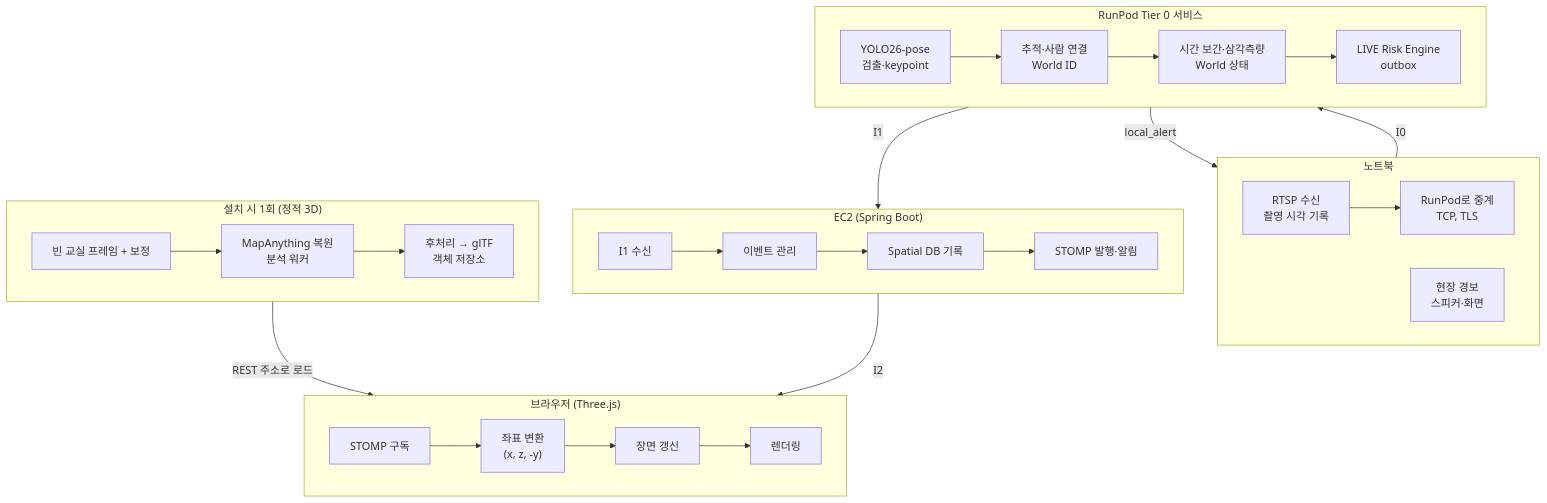
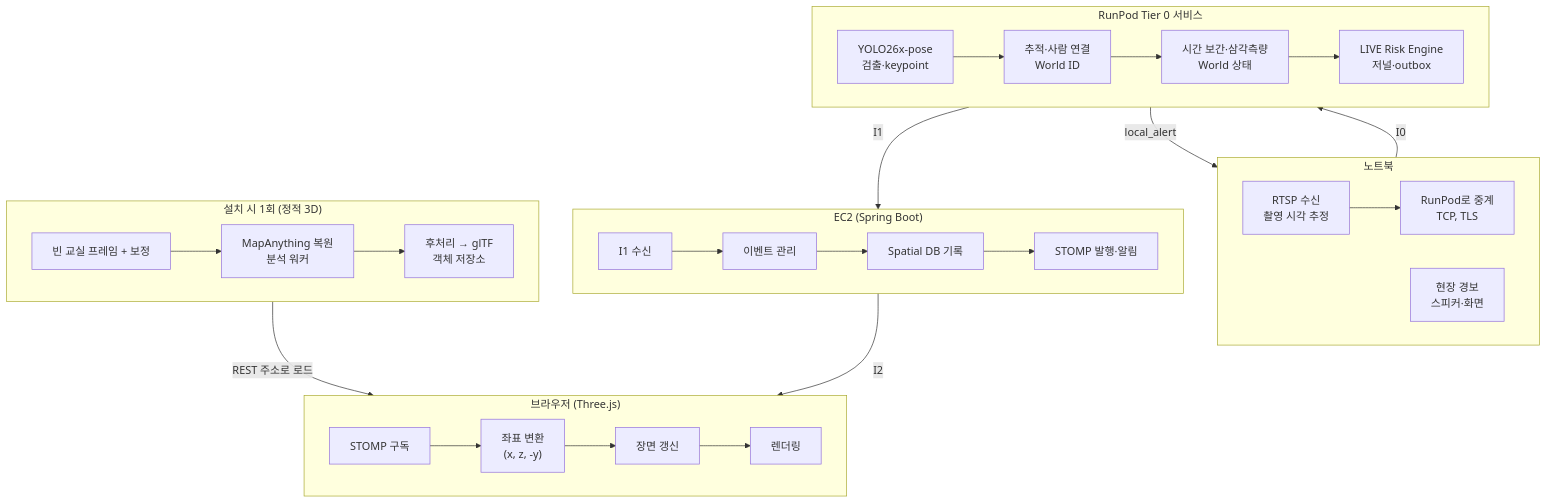
One commit to Janjonghwa/simai changed the second of 2 diagrams in docs/spec/03-system.md. Above: the diagram before and after it, drawn with Mermaid. The commit also changed other lines of this file and 28 other files, not shown here.

````diff
--- a/docs/spec/03-system.md
+++ b/docs/spec/03-system.md
@@ -158,29 +172,29 @@
 ```mermaid
 flowchart TB
   subgraph N["노트북"]
     direction LR
-    N1["RTSP 수신<br/>촬영 시각 기록"] --> N2["RunPod로 중계<br/>TCP, TLS"]
+    N1["RTSP 수신<br/>촬영 시각 추정"] --> N2["RunPod로 중계<br/>TCP, TLS"]
     N3["현장 경보<br/>스피커·화면"]
   end
   subgraph T["RunPod Tier 0 서비스"]
     direction LR
-    A2["YOLO26-pose<br/>검출·keypoint"] --> A3["추적·사람 연결<br/>World ID"] --> A4["시간 보간·삼각측량<br/>World 상태"] --> A5["LIVE Risk Engine<br/>outbox"]
+    A2["YOLO26x-pose<br/>검출·keypoint"] --> A3["추적·사람 연결<br/>World ID"] --> A4["시간 보간·삼각측량<br/>World 상태"] --> A5["LIVE Risk Engine<br/>저널·outbox"]
   end
   subgraph E["EC2 (Spring Boot)"]
     direction LR
     B1["I1 수신"] --> B2["이벤트 관리"] --> B3["Spatial DB 기록"] --> B4["STOMP 발행·알림"]
   end
   subgraph BR["브라우저 (Three.js)"]
     direction LR
     C1["STOMP 구독"] --> C2["좌표 변환<br/>(x, z, -y)"] --> C3["장면 갱신"] --> C4["렌더링"]
   end
   subgraph S["설치 시 1회 (정적 3D)"]
     direction LR
     D1["빈 교실 프레임 + 보정"] --> D2["MapAnything 복원<br/>분석 워커"] --> D3["후처리 → glTF<br/>객체 저장소"]
   end
   N2 -->|I0| A2
   A5 -->|local_alert| N3
   A5 -->|I1| B1
   B4 -->|I2| C1
   D3 -->|REST 주소로 로드| C3
 ```
````
